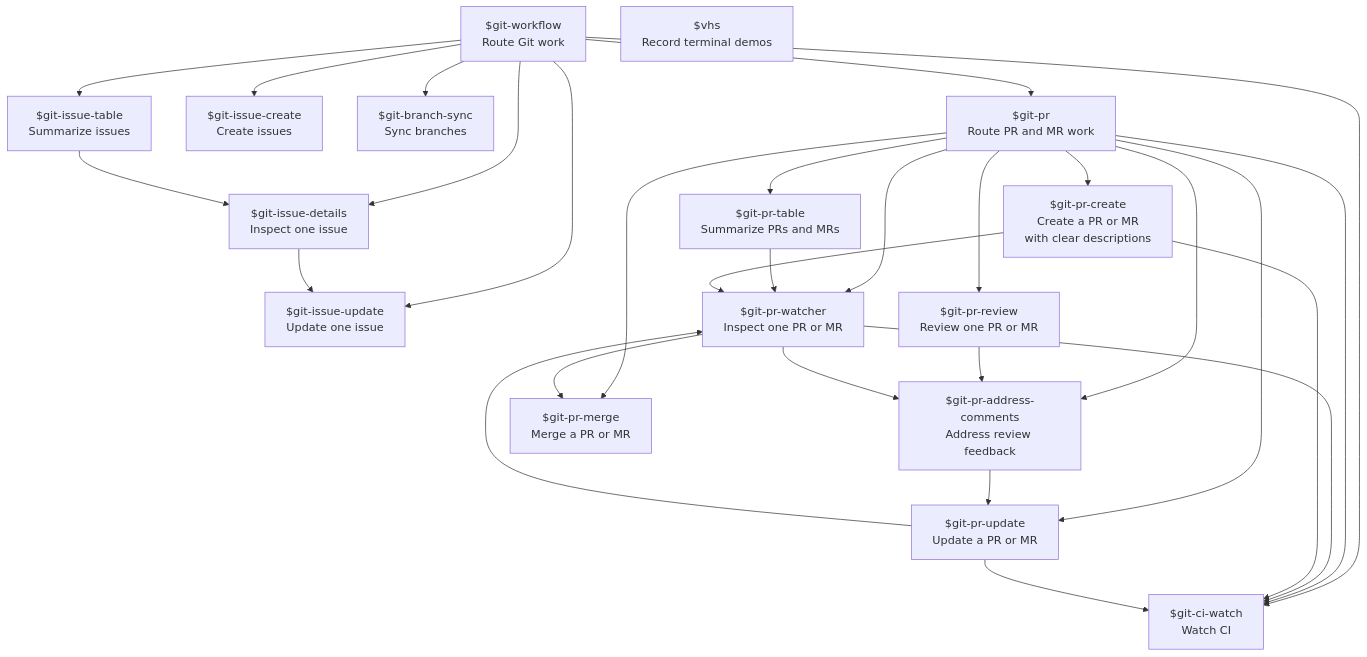
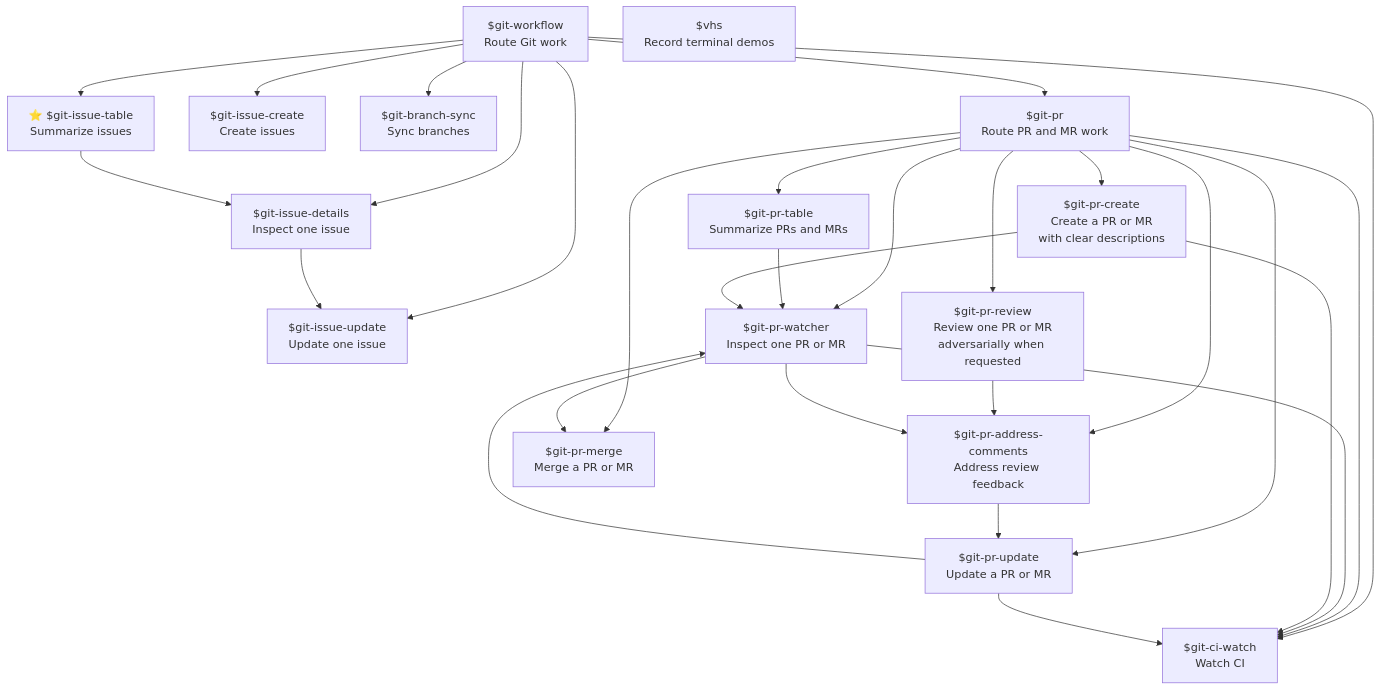
Before and after one commit to jeeftor/gitSkills: the diagram in agent-matrix.md, drawn with Mermaid. The commit also changed other lines of this file and 13 other files, not shown here.

Commit message:
Update issue tables and adversarial PR review

````diff
--- a/agent-matrix.md
+++ b/agent-matrix.md
@@ -3,47 +3,47 @@
 ```mermaid
 flowchart TD
     WORKFLOW["$git-workflow<br/>Route Git work"]
     VHS["$vhs<br/>Record terminal demos"]
-    ISSUE_TABLE["$git-issue-table<br/>Summarize issues"]
+    ISSUE_TABLE["⭐ $git-issue-table<br/>Summarize issues"]
     ISSUE_DETAILS["$git-issue-details<br/>Inspect one issue"]
     ISSUE_CREATE["$git-issue-create<br/>Create issues"]
     ISSUE_UPDATE["$git-issue-update<br/>Update one issue"]
     BRANCH_SYNC["$git-branch-sync<br/>Sync branches"]
     PR["$git-pr<br/>Route PR and MR work"]
     PR_TABLE["$git-pr-table<br/>Summarize PRs and MRs"]
     PR_WATCHER["$git-pr-watcher<br/>Inspect one PR or MR"]
-    PR_REVIEW["$git-pr-review<br/>Review one PR or MR"]
+    PR_REVIEW["$git-pr-review<br/>Review one PR or MR<br/>adversarially when requested"]
     PR_ADDRESS["$git-pr-address-comments<br/>Address review feedback"]
     CI_WATCH["$git-ci-watch<br/>Watch CI"]
     PR_CREATE["$git-pr-create<br/>Create a PR or MR<br/>with clear descriptions"]
     PR_UPDATE["$git-pr-update<br/>Update a PR or MR"]
     PR_MERGE["$git-pr-merge<br/>Merge a PR or MR"]
 
     WORKFLOW --> ISSUE_TABLE
     WORKFLOW --> ISSUE_DETAILS
     WORKFLOW --> ISSUE_CREATE
     WORKFLOW --> ISSUE_UPDATE
     WORKFLOW --> BRANCH_SYNC
     WORKFLOW --> PR
     WORKFLOW --> CI_WATCH
     ISSUE_TABLE --> ISSUE_DETAILS
     ISSUE_DETAILS --> ISSUE_UPDATE
     PR --> PR_TABLE
     PR --> PR_WATCHER
     PR --> PR_REVIEW
     PR --> PR_ADDRESS
     PR --> CI_WATCH
     PR --> PR_CREATE
     PR --> PR_UPDATE
     PR --> PR_MERGE
     PR_TABLE --> PR_WATCHER
     PR_REVIEW --> PR_ADDRESS
     PR_WATCHER --> CI_WATCH
     PR_WATCHER --> PR_ADDRESS
     PR_ADDRESS --> PR_UPDATE
     PR_CREATE --> PR_WATCHER
     PR_CREATE --> CI_WATCH
     PR_UPDATE --> CI_WATCH
     PR_UPDATE --> PR_WATCHER
     PR_WATCHER --> PR_MERGE
 ```
````
